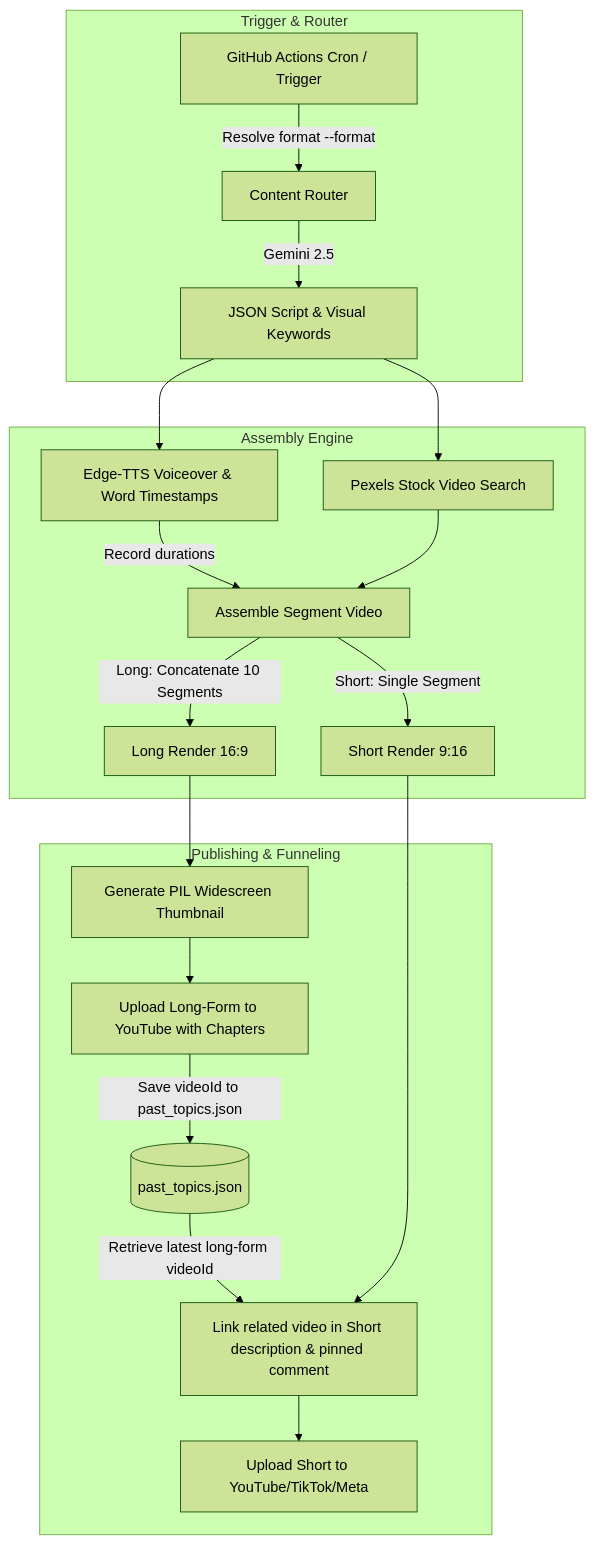
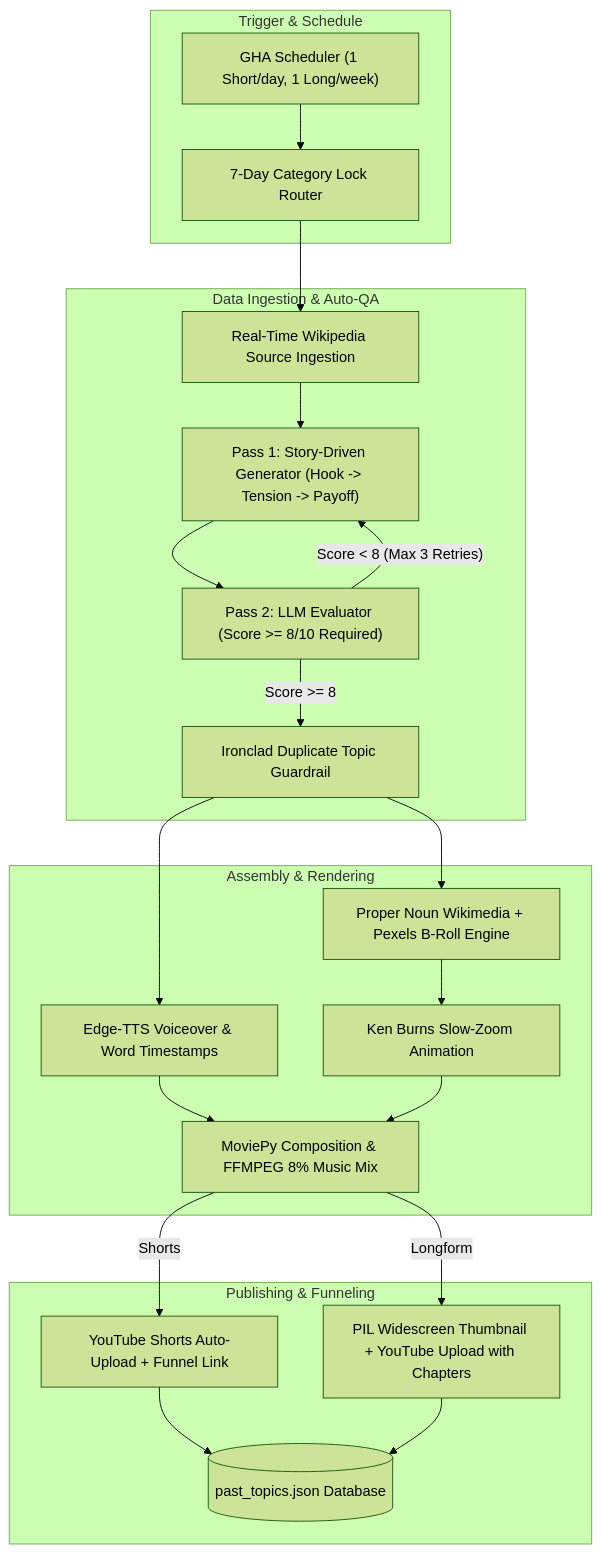
Before and after one commit to thienphucnt/MPVSAP: the diagram in README.md, drawn with Mermaid (forest theme). The commit also changed other lines of this file and 4 other files, not shown here.

Commit message:
Harden public repository security (bot owner authorization, expanded gitignore, search query sanitization, SECURITY.md) and update README documentation with full feature architecture.

````diff
--- a/README.md
+++ b/README.md
@@ -25,25 +61,27 @@
 ```mermaid
-graph TD
-    subgraph Trigger & Router
-        A[GitHub Actions Cron / Trigger] -->|Resolve format --format| B[Content Router]
-        B -->|Gemini 2.5| C[JSON Script & Visual Keywords]
+flowchart TD
+    subgraph Trigger & Schedule
+        A["GHA Scheduler (1 Short/day, 1 Long/week)"] --> B["7-Day Category Lock Router"]
     end
 
-    subgraph Assembly Engine
-        C --> D[Edge-TTS Voiceover & Word Timestamps]
-        C --> E[Pexels Stock Video Search]
-        D -->|Record durations| F[Assemble Segment Video]
-        E --> F
-        F -->|Short: Single Segment| G1[Short Render 9:16]
-        F -->|Long: Concatenate 10 Segments| G2[Long Render 16:9]
+    subgraph Data Ingestion & Auto-QA
+        B --> C["Real-Time Wikipedia Source Ingestion"]
+        C --> D["Pass 1: Story-Driven Generator (Hook -> Tension -> Payoff)"]
+        D --> E["Pass 2: LLM Evaluator (Score >= 8/10 Required)"]
+        E -- "Score < 8 (Max 3 Retries)" --> D
+        E -- "Score >= 8" --> F["Ironclad Duplicate Topic Guardrail"]
+    end
+
+    subgraph Assembly & Rendering
+        F --> G["Edge-TTS Voiceover & Word Timestamps"]
+        F --> H["Proper Noun Wikimedia + Pexels B-Roll Engine"]
+        H --> I["Ken Burns Slow-Zoom Animation"]
+        G & I --> J["MoviePy Composition & FFMPEG 8% Music Mix"]
     end
 
     subgraph Publishing & Funneling
-        G2 --> H2[Generate PIL Widescreen Thumbnail]
-        H2 --> I2[Upload Long-Form to YouTube with Chapters]
-        I2 -->|Save videoId to past_topics.json| DB[(past_topics.json)]
-        DB -->|Retrieve latest long-form videoId| J1[Link related video in Short description & pinned comment]
-        G1 --> J1
-        J1 --> I1[Upload Short to YouTube/TikTok/Meta]
+        J -->|Shorts| K1["YouTube Shorts Auto-Upload + Funnel Link"]
+        J -->|Longform| K2["PIL Widescreen Thumbnail + YouTube Upload with Chapters"]
+        K1 & K2 --> L[("past_topics.json Database")]
     end
 ```
````
